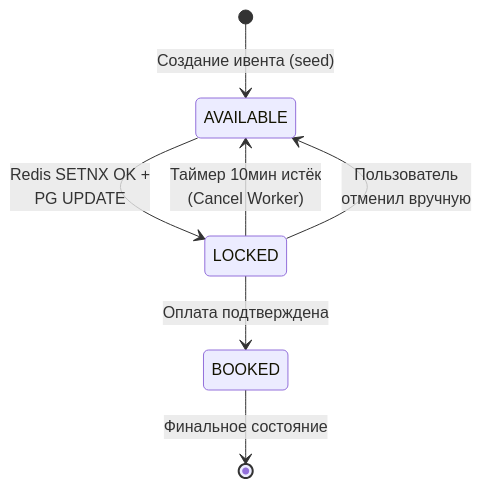
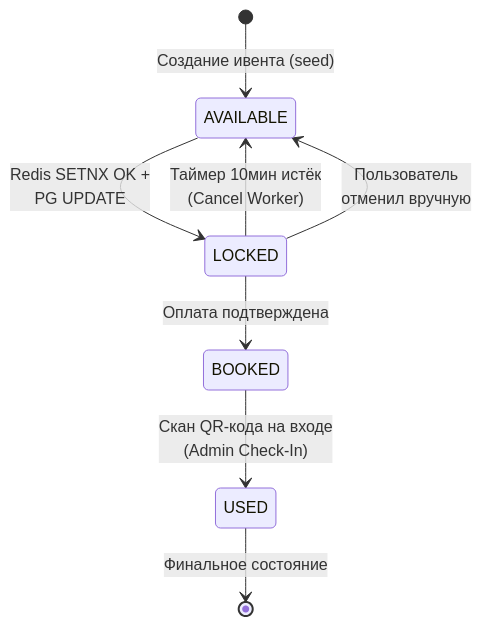
The second of 2 diagrams in DB.md (TicketRace/T-RESERVE-ENGINE), drawn with Mermaid before and after one commit. The commit also changed other lines of this file and 5 other files, not shown here.

Commit message:
docs: update architecture, README, API endpoints and DB schemas to reflect current system state

````diff
--- a/DB.md
+++ b/DB.md
@@ -195,9 +199,10 @@
 ```mermaid
 stateDiagram-v2
     [*] --> AVAILABLE: Создание ивента (seed)
     AVAILABLE --> LOCKED: Redis SETNX OK +  <br>PG UPDATE
     LOCKED --> BOOKED: Оплата подтверждена
     LOCKED --> AVAILABLE: Таймер 10мин истёк<br>(Cancel Worker)
     LOCKED --> AVAILABLE: Пользователь<br>отменил вручную
-    BOOKED --> [*]: Финальное состояние
+    BOOKED --> USED: Скан QR-кода на входе<br>(Admin Check-In)
+    USED --> [*]: Финальное состояние
 ```
````
